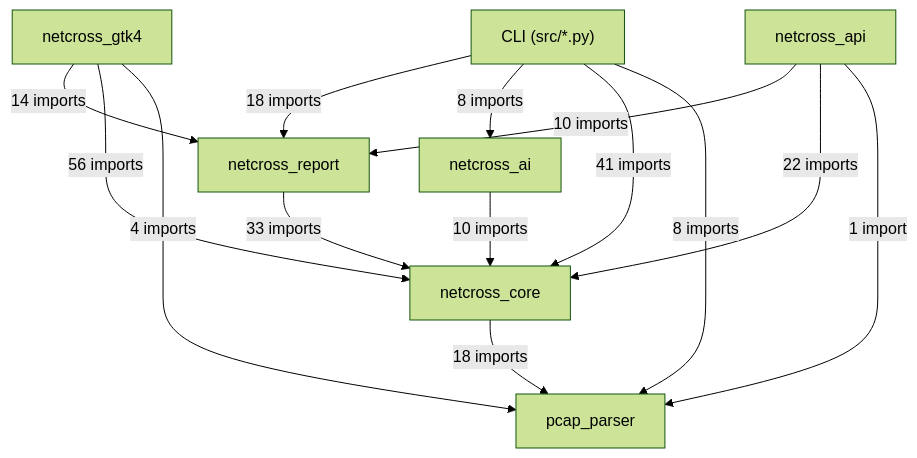
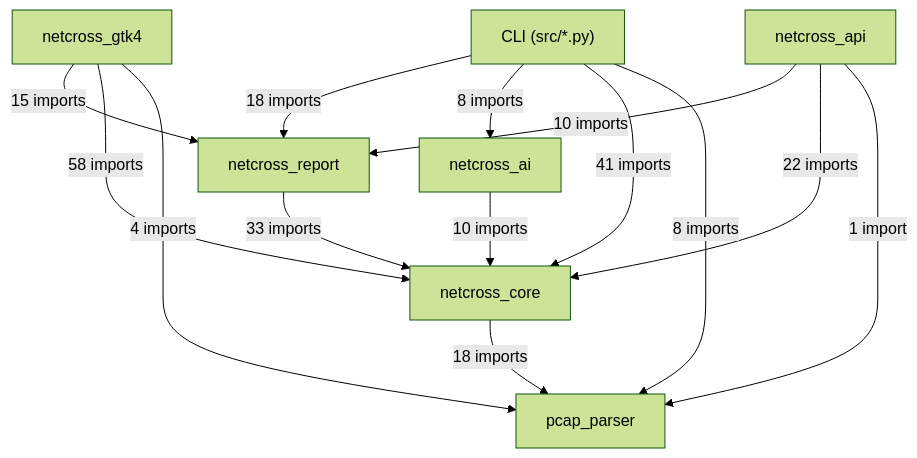
The first of 19 diagrams in docs/class-diagram.md (Mathide-Team/Netcross), drawn with Mermaid (forest theme) before and after one commit. The commit also changed other lines of this file and 6 other files, not shown here.

````diff
--- a/docs/class-diagram.md
+++ b/docs/class-diagram.md
@@ -26,23 +26,23 @@
 ```mermaid
 flowchart TD
     CLI["CLI (src/*.py)"]
     netcross_gtk4["netcross_gtk4"]
     netcross_api["netcross_api"]
     netcross_report["netcross_report"]
     netcross_ai["netcross_ai"]
     netcross_core["netcross_core"]
     pcap_parser["pcap_parser"]
     CLI -->|"18 imports"| netcross_report
     CLI -->|"8 imports"| netcross_ai
     CLI -->|"41 imports"| netcross_core
     CLI -->|"8 imports"| pcap_parser
-    netcross_gtk4 -->|"14 imports"| netcross_report
-    netcross_gtk4 -->|"56 imports"| netcross_core
+    netcross_gtk4 -->|"15 imports"| netcross_report
+    netcross_gtk4 -->|"58 imports"| netcross_core
     netcross_gtk4 -->|"4 imports"| pcap_parser
     netcross_api -->|"10 imports"| netcross_report
     netcross_api -->|"22 imports"| netcross_core
     netcross_api -->|"1 import"| pcap_parser
     netcross_report -->|"33 imports"| netcross_core
     netcross_ai -->|"10 imports"| netcross_core
     netcross_core -->|"18 imports"| pcap_parser
 ```
````
